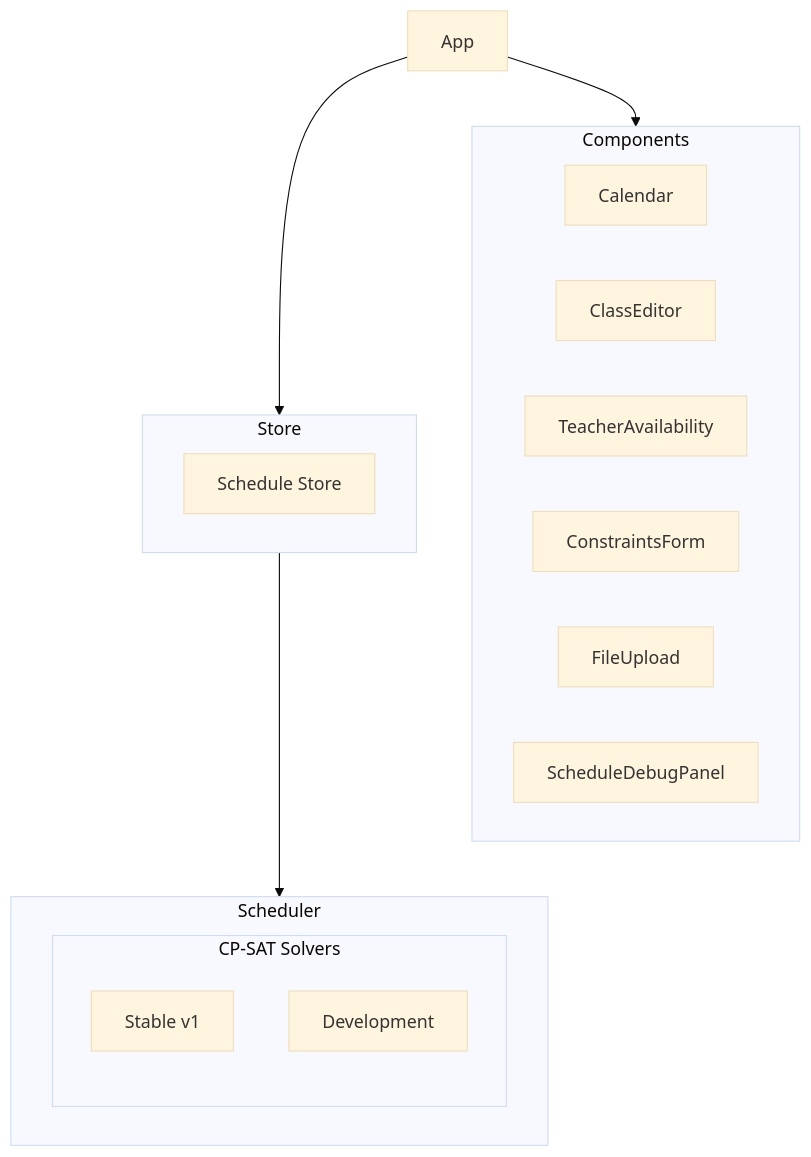
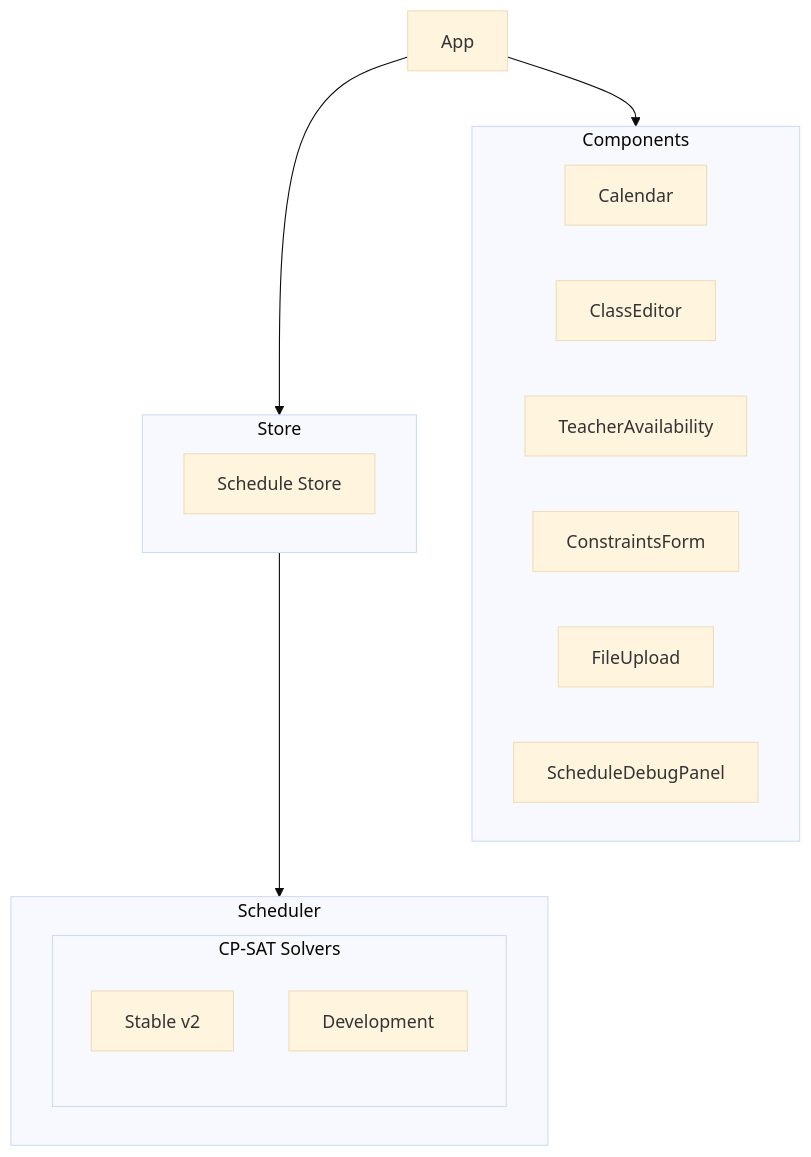
Before and after one commit to danfeder/bolt_v2: the diagram in memory-bank/systemPatterns.md, drawn with Mermaid (base theme). The commit also changed other lines of this file and 3 other files, not shown here.

````diff
--- a/memory-bank/systemPatterns.md
+++ b/memory-bank/systemPatterns.md
@@ -6,26 +6,26 @@
 ```mermaid
 flowchart TD
     App --> Components
     App --> Store
     Store --> Scheduler
     
     subgraph Components
         Calendar
         ClassEditor
         TeacherAvailability
         ConstraintsForm
         FileUpload
         ScheduleDebugPanel
     end
     
     subgraph Store
         scheduleStore[Schedule Store]
     end
     
     subgraph Scheduler
         subgraph "CP-SAT Solvers"
-            StableV1[Stable v1]
+            StableV2[Stable v2]
             DevVersion[Development]
         end
     end
 ```
````
